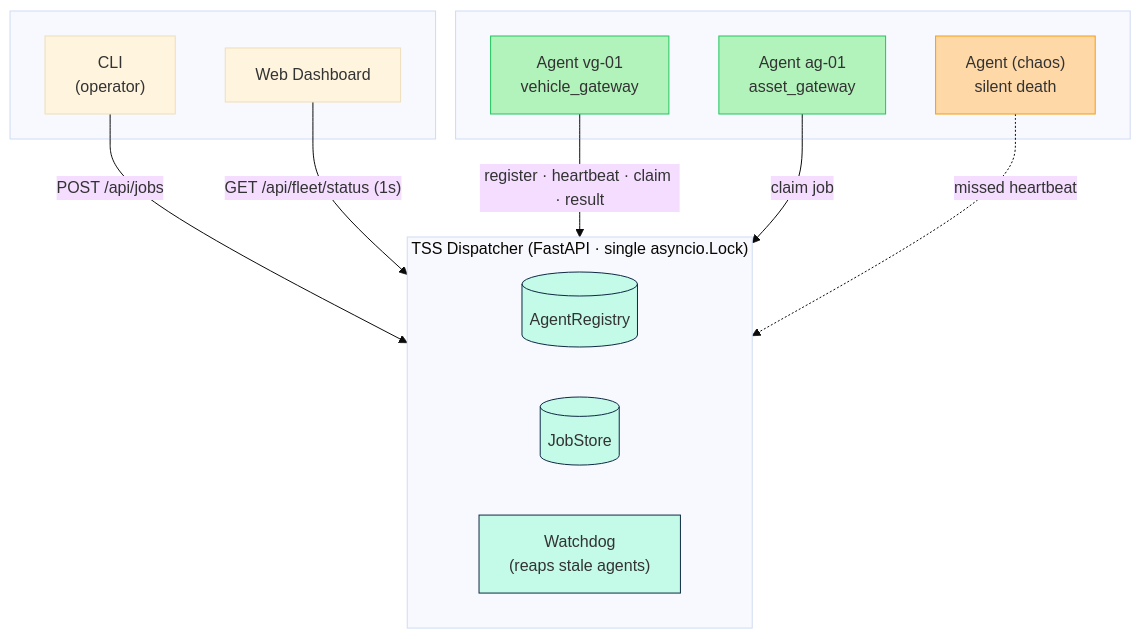
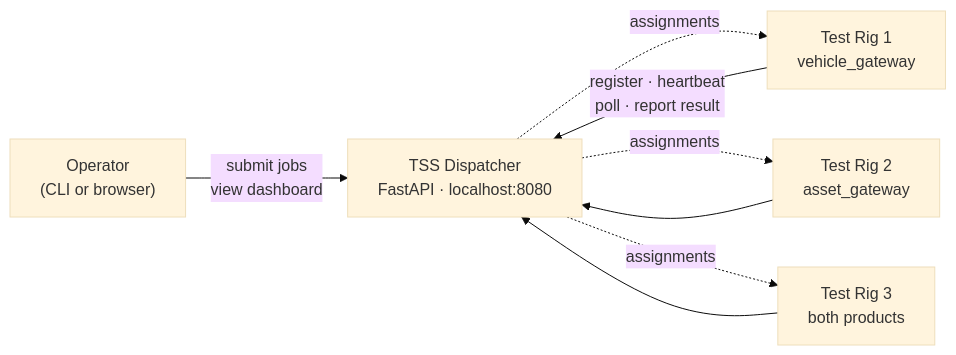
Before and after one commit to jhorne12345/samsara-tss: the diagram in README.md, drawn with Mermaid (base theme). The commit also changed other lines of this file and 4 other files, not shown here.

First line of the commit message:
Add architecture doc, customer-impact spec, and assessment context

````diff
--- a/README.md
+++ b/README.md
@@ -20,33 +22,16 @@
 ```mermaid
-flowchart TB
-    subgraph operator [" "]
-        CLI["CLI<br/>(operator)"]
-        Dash["Web Dashboard"]
-    end
+flowchart LR
+    Op["Operator<br/>(CLI or browser)"]
+    D["TSS Dispatcher<br/>FastAPI · localhost:8080"]
+    A1["Test Rig 1<br/>vehicle_gateway"]
+    A2["Test Rig 2<br/>asset_gateway"]
+    A3["Test Rig 3<br/>both products"]
 
-    subgraph dispatcher ["TSS Dispatcher (FastAPI · single asyncio.Lock)"]
-        direction LR
-        Reg[("AgentRegistry")]
-        Store[("JobStore")]
-        WD["Watchdog<br/>(reaps stale agents)"]
-    end
-
-    subgraph fleet [" "]
-        A1["Agent vg-01<br/>vehicle_gateway"]
-        A2["Agent ag-01<br/>asset_gateway"]
-        A3["Agent (chaos)<br/>silent death"]
-    end
-
-    CLI -- "POST /api/jobs" --> dispatcher
-    Dash -- "GET /api/fleet/status (1s)" --> dispatcher
-    A1 -- "register · heartbeat · claim · result" --> dispatcher
-    A2 -- "claim job" --> dispatcher
-    A3 -. "missed heartbeat" .-> dispatcher
-
-    classDef agent fill:#b2f2bb,stroke:#22c55e
-    classDef chaos fill:#ffd8a8,stroke:#f59e0b
-    classDef internal fill:#c3fae8,stroke:#0F2944
-    class A1,A2 agent
-    class A3 chaos
-    class Reg,Store,WD internal
+    Op -->|"submit jobs<br/>view dashboard"| D
+    D -.->|"assignments"| A1
+    D -.->|"assignments"| A2
+    D -.->|"assignments"| A3
+    A1 -->|"register · heartbeat<br/>poll · report result"| D
+    A2 --> D
+    A3 --> D
 ```
````
